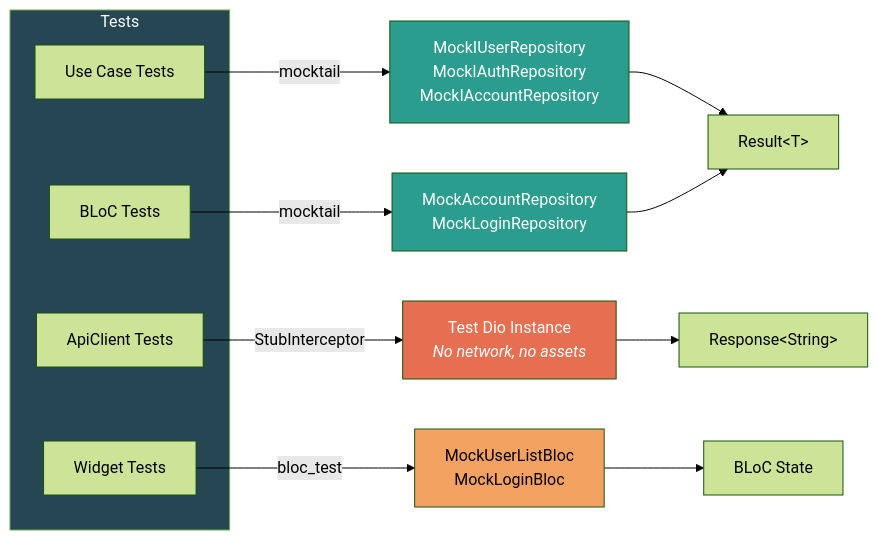
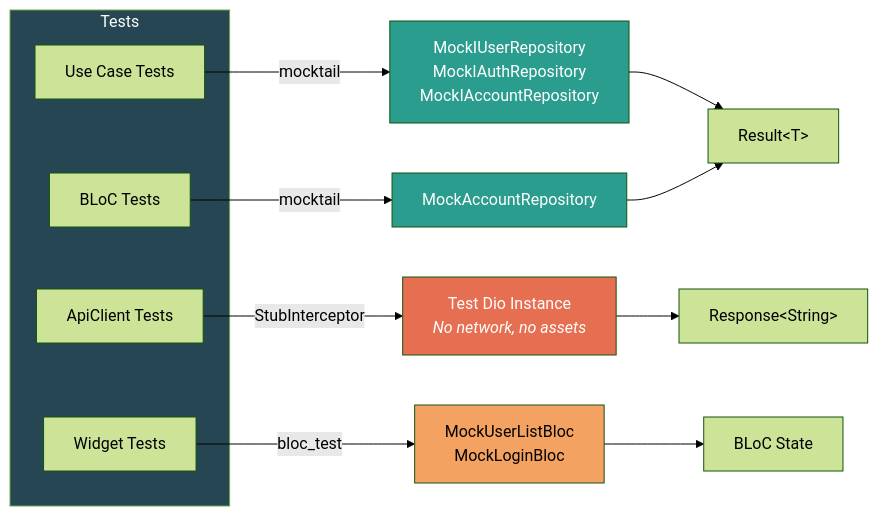
The second of 2 diagrams in docs/mock-architecture.md (cevheri/flutter-bloc-advanced), drawn with Mermaid (forest theme) before and after one commit. The commit also changed 5 other files, not shown here.

````diff
--- a/docs/mock-architecture.md
+++ b/docs/mock-architecture.md
@@ -87,25 +87,25 @@
 ```mermaid
 flowchart LR
     subgraph Tests
         UC_TEST["Use Case Tests"]
         BLOC_TEST["BLoC Tests"]
         API_TEST["ApiClient Tests"]
         WIDGET_TEST["Widget Tests"]
     end
 
     UC_TEST -- "mocktail" --> MOCK_REPO["MockIUserRepository<br/>MockIAuthRepository<br/>MockIAccountRepository"]
-    BLOC_TEST -- "mocktail" --> MOCK_REPO_C["MockAccountRepository<br/>MockLoginRepository"]
+    BLOC_TEST -- "mocktail" --> MOCK_REPO_C["MockAccountRepository"]
     API_TEST -- "StubInterceptor" --> STUB_DIO["Test Dio Instance<br/><i>No network, no assets</i>"]
     WIDGET_TEST -- "bloc_test" --> MOCK_BLOC["MockUserListBloc<br/>MockLoginBloc"]
 
     MOCK_REPO --> RESULT_T["Result&lt;T&gt;"]
     MOCK_REPO_C --> RESULT_T
     STUB_DIO --> RESPONSE_T["Response&lt;String&gt;"]
     MOCK_BLOC --> STATE_T["BLoC State"]
 
     style Tests fill:#264653,color:#fff
     style MOCK_REPO fill:#2a9d8f,color:#fff
     style MOCK_REPO_C fill:#2a9d8f,color:#fff
     style STUB_DIO fill:#e76f51,color:#fff
     style MOCK_BLOC fill:#f4a261,color:#000
 ```
````
